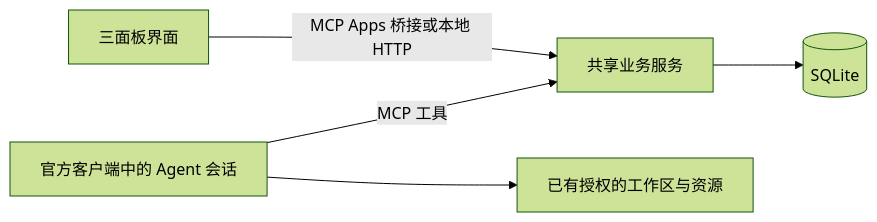
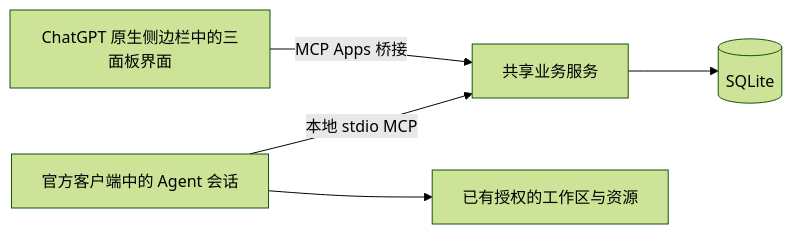
The diagram in docs/architecture.md (zhuanyongxigua/swarmboard), drawn with Mermaid (forest theme) before and after one commit. The commit also changed other lines of this file and 19 other files, not shown here.

````diff
--- a/docs/architecture.md
+++ b/docs/architecture.md
@@ -7,7 +7,7 @@
 ```mermaid
 flowchart LR
-  A[官方客户端中的 Agent 会话] -->|MCP 工具| S[共享业务服务]
-  U[三面板界面] -->|MCP Apps 桥接或本地 HTTP| S
+  A[官方客户端中的 Agent 会话] -->|本地 stdio MCP| S[共享业务服务]
+  U[ChatGPT 原生侧边栏中的三面板界面] -->|MCP Apps 桥接| S
   S --> D[(SQLite)]
   A --> W[已有授权的工作区与资源]
 ```
````
